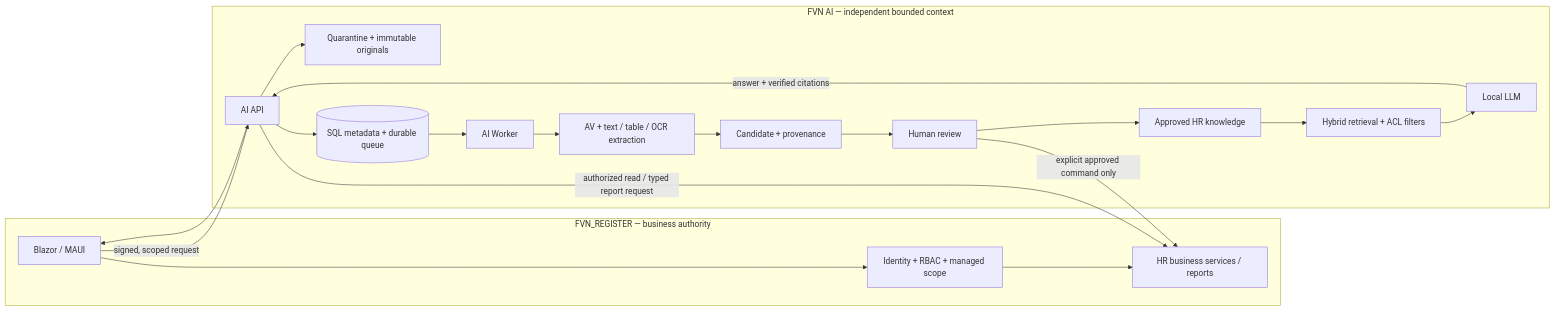
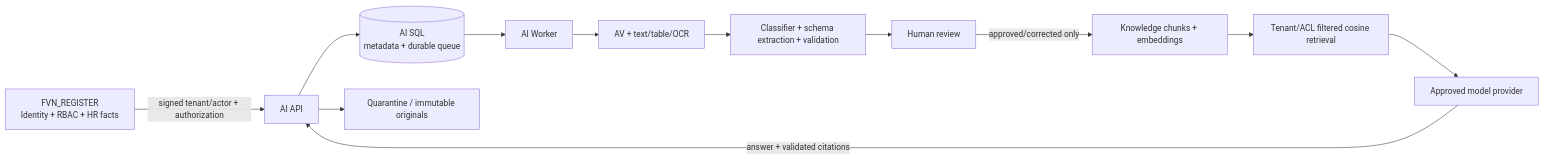
The diagram in docs/AI_PLATFORM_ARCHITECTURE.md (Nang0559/FVN_REGISTER_AI), drawn with Mermaid before and after one commit. The commit also changed other lines of this file, not shown here.

Commit message:
docs(ai): align architecture with current implementation

````diff
--- a/docs/AI_PLATFORM_ARCHITECTURE.md
+++ b/docs/AI_PLATFORM_ARCHITECTURE.md
@@ -41,32 +17,14 @@
 ```mermaid
 flowchart LR
-  subgraph FVN["FVN_REGISTER — business authority"]
-    UI["Blazor / MAUI"]
-    AUTH["Identity + RBAC + managed scope"]
-    HR["HR business services / reports"]
-    UI --> AUTH --> HR
-  end
-  subgraph AI["FVN AI — independent bounded context"]
-    API["AI API"]
-    STORE["Quarantine + immutable originals"]
-    Q[("SQL metadata + durable queue")]
-    W["AI Worker"]
-    EXT["AV + text / table / OCR extraction"]
-    CAND["Candidate + provenance"]
-    REVIEW["Human review"]
-    KB["Approved HR knowledge"]
-    RET["Hybrid retrieval + ACL filters"]
-    LLM["Local LLM"]
-    API --> STORE
-    API --> Q
-    Q --> W --> EXT --> CAND --> REVIEW
-    REVIEW --> KB
-    KB --> RET
-    RET --> LLM
-  end
-  UI -->|"signed, scoped request"| API
-  API -->|"authorized read / typed report request"| HR
-  LLM -->|"answer + verified citations"| API
-  API --> UI
-  REVIEW -->|"explicit approved command only"| HR
+  FVN["FVN_REGISTER\nIdentity + RBAC + HR facts"] -->|"signed tenant/actor + authorization"| API["AI API"]
+  API --> Q[("AI SQL\nmetadata + durable queue")]
+  API --> FS["Quarantine / immutable originals"]
+  Q --> W["AI Worker"]
+  W --> AV["AV + text/table/OCR"]
+  AV --> EXT["Classifier + schema extraction + validation"]
+  EXT --> REV["Human review"]
+  REV -->|"approved/corrected only"| KB["Knowledge chunks + embeddings"]
+  KB --> RET["Tenant/ACL filtered cosine retrieval"]
+  RET --> LLM["Approved model provider"]
+  LLM -->|"answer + validated citations"| API
 ```
````
